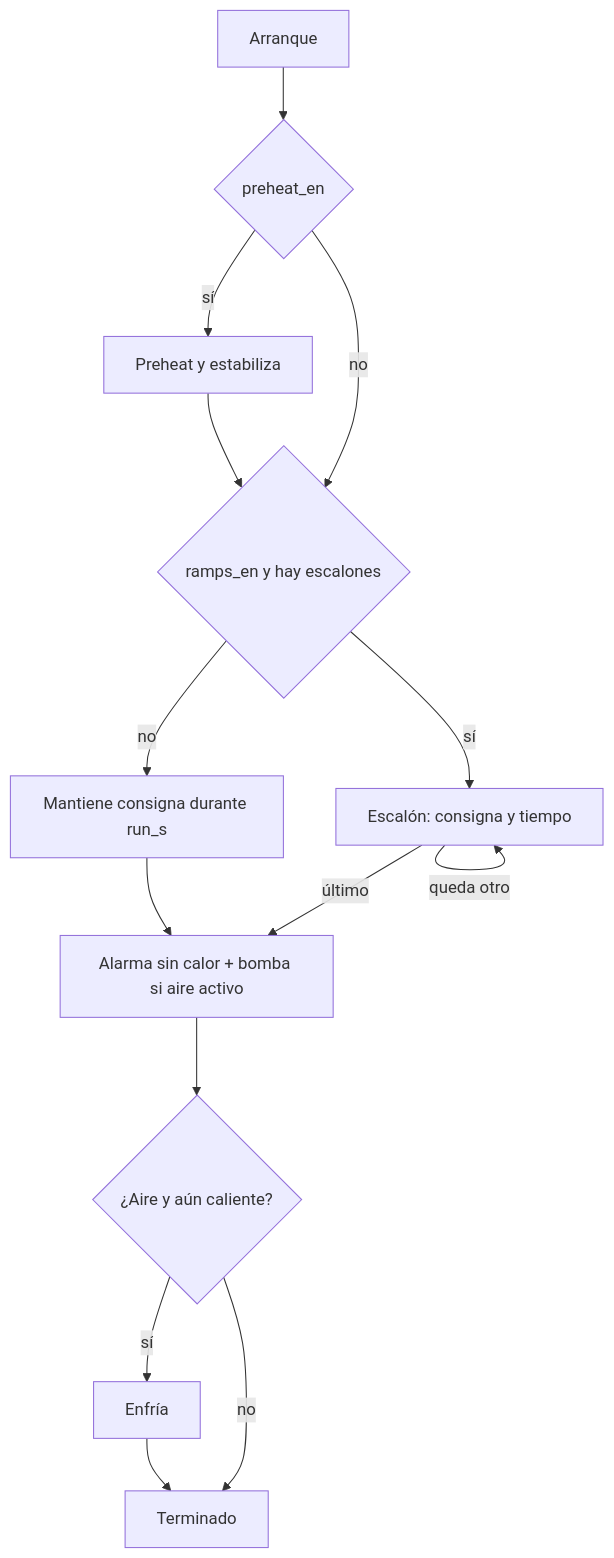
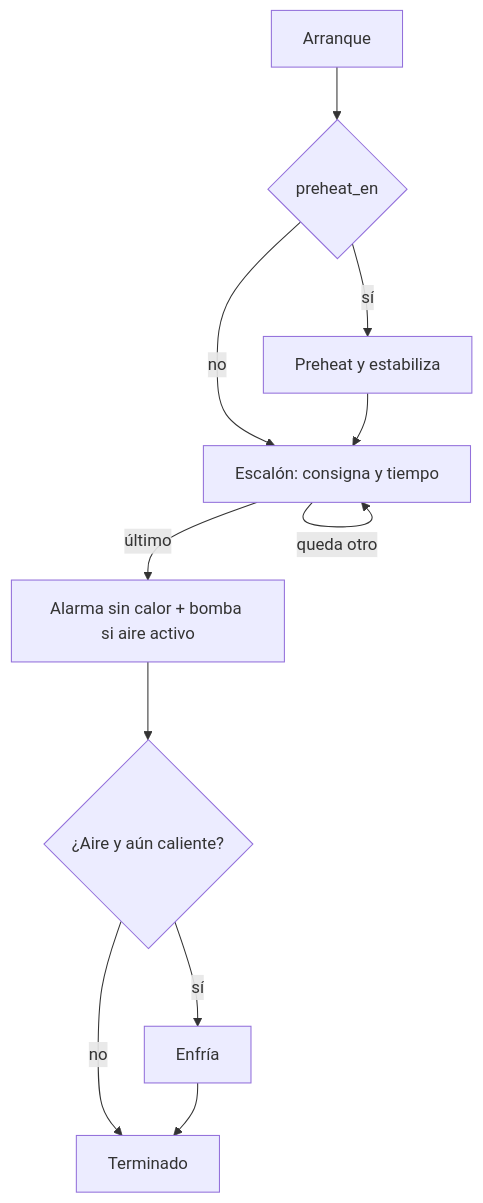
The fourth of 4 diagrams in doc/product_features.md (krisskira/smd-soldering-hotplate), drawn with Mermaid before and after one commit. The commit also changed other lines of this file and 25 other files, not shown here.

````diff
--- a/doc/product_features.md
+++ b/doc/product_features.md
@@ -117,16 +114,13 @@
 ```mermaid
 flowchart TD
     start["Arranque"] --> pre{"preheat_en"}
     pre -->|sí| heat["Preheat y estabiliza"]
-    pre -->|no| ram
-    heat --> ram{"ramps_en y hay escalones"}
-    ram -->|sí| steps["Escalón: consigna y tiempo"]
+    pre -->|no| steps
+    heat --> steps["Escalón: consigna y tiempo"]
     steps -->|queda otro| steps
-    steps -->|último| fin
-    ram -->|no| timed["Mantiene consigna durante run_s"]
-    timed --> fin["Alarma sin calor + bomba si aire activo"]
+    steps -->|último| fin["Alarma sin calor + bomba si aire activo"]
     fin --> air{"¿Aire y aún caliente?"}
     air -->|sí| cool["Enfría"]
     air -->|no| done["Terminado"]
     cool --> done
 ```
````
